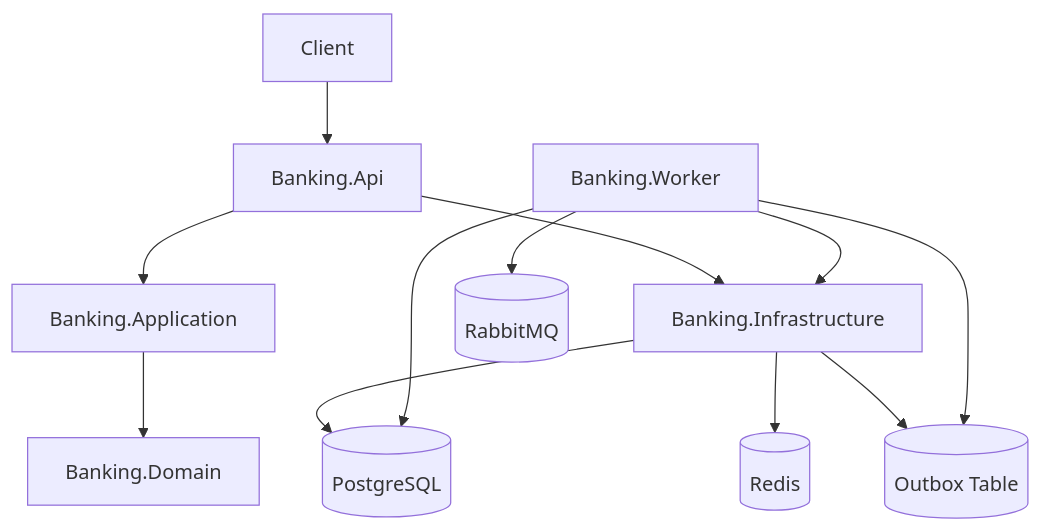
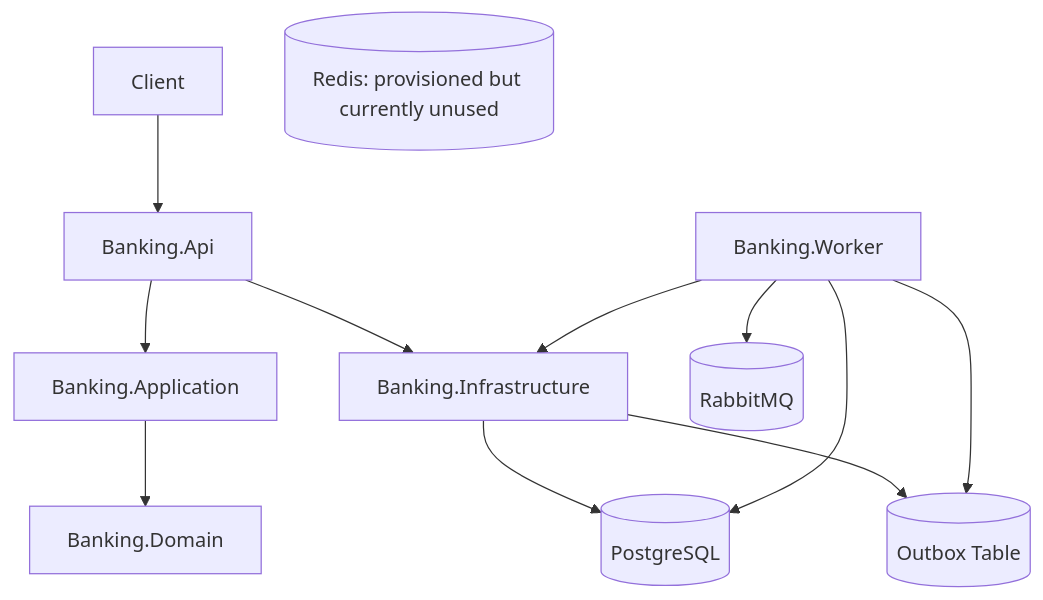
One commit to V-Serghei/ledger-flow changed the first of 4 diagrams in README.md. Above: the diagram before and after it, drawn with Mermaid. The commit also changed other lines of this file and 10 other files, not shown here.

````diff
--- a/README.md
+++ b/README.md
@@ -24,14 +26,14 @@
 ```mermaid
 flowchart TD
     Client[Client] --> API[Banking.Api]
     API --> APP[Banking.Application]
     APP --> DOMAIN[Banking.Domain]
     API --> INFRA[Banking.Infrastructure]
     INFRA --> PG[(PostgreSQL)]
-    INFRA --> REDIS[(Redis)]
+    REDIS[(Redis: provisioned but currently unused)]
     INFRA --> OUTBOX[(Outbox Table)]
     WORKER[Banking.Worker] --> INFRA
     WORKER --> OUTBOX
     WORKER --> RABBIT[(RabbitMQ)]
     WORKER --> PG
 ```
````
